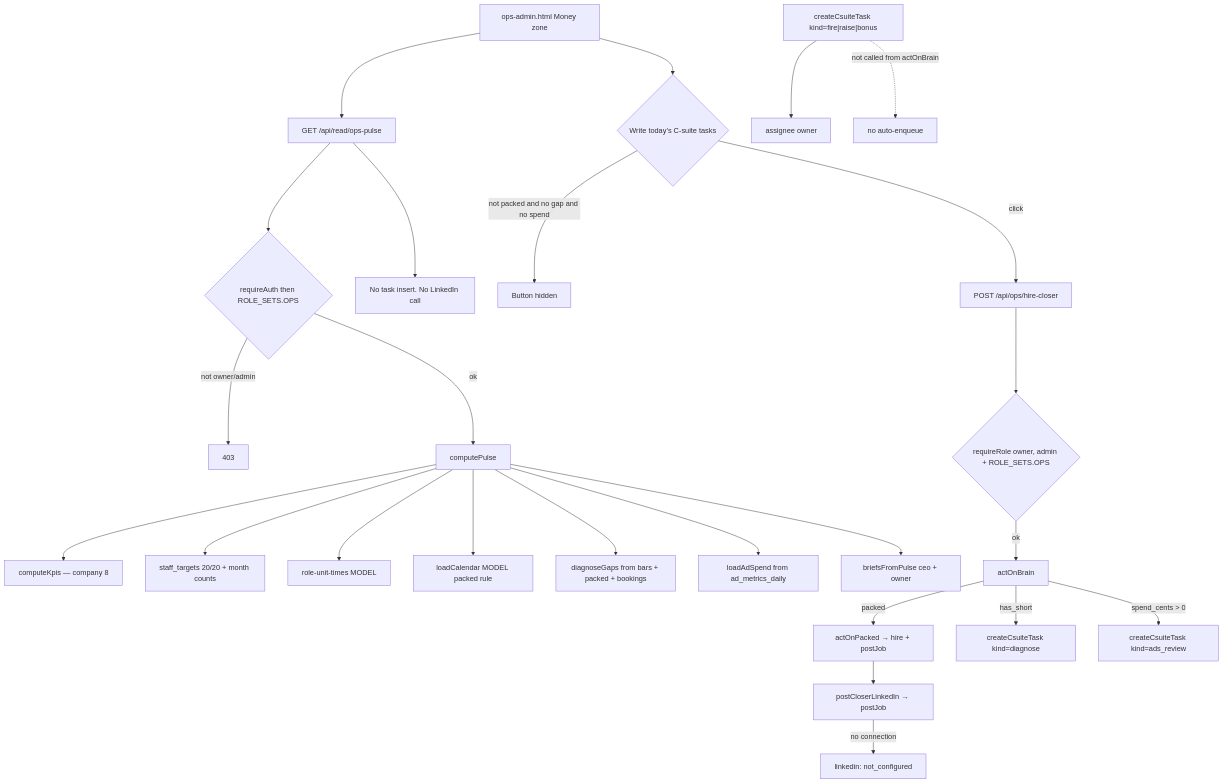
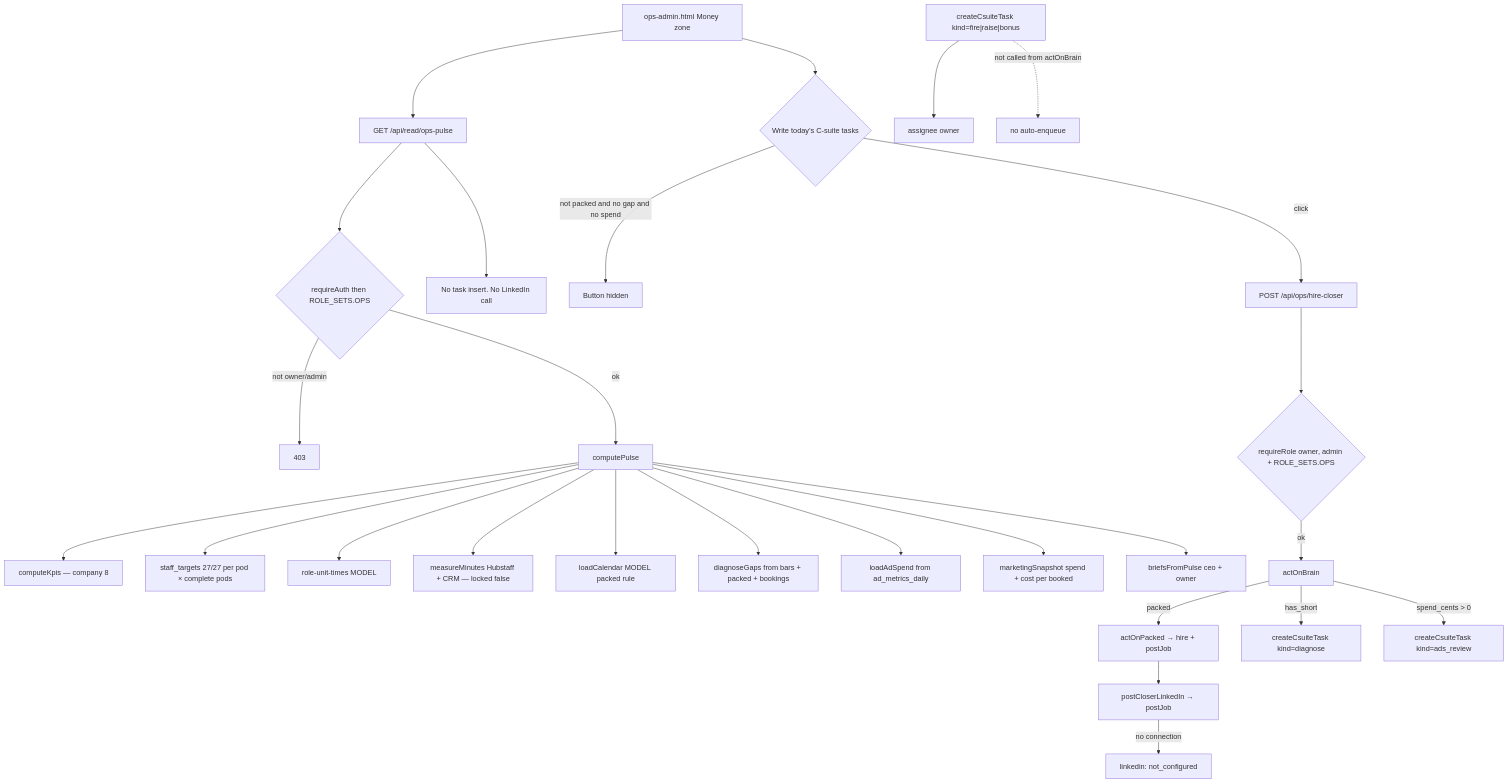
One commit to ZootimusMaximusSupreme/Fundhub_ai changed the diagram in docs/journeys/ops-pulse-actual.md. Above: the diagram before and after it, drawn with Mermaid. The commit also changed other lines of this file and 24 other files, not shown here.

First line of the commit message:
Ship conveyor KPI reads: 27/27 pods, measured minutes, Meta spend, LinkedIn jam.

````diff
--- a/docs/journeys/ops-pulse-actual.md
+++ b/docs/journeys/ops-pulse-actual.md
@@ -5,27 +5,29 @@
 ```mermaid
 flowchart TD
     PAGE["ops-admin.html Money zone"] --> GET["GET /api/read/ops-pulse"]
     GET --> AUTH{requireAuth then ROLE_SETS.OPS}
     AUTH -->|not owner/admin| DENY[403]
     AUTH -->|ok| PULSE["computePulse"]
     PULSE --> KPI["computeKpis — company 8"]
-    PULSE --> BARS["staff_targets 20/20 + month counts"]
+    PULSE --> BARS["staff_targets 27/27 per pod × complete pods"]
     PULSE --> CLOCK["role-unit-times MODEL"]
+    PULSE --> MEAS["measureMinutes Hubstaff + CRM — locked false"]
     PULSE --> CAL["loadCalendar MODEL packed rule"]
     PULSE --> GAPS["diagnoseGaps from bars + packed + bookings"]
     PULSE --> ADS["loadAdSpend from ad_metrics_daily"]
+    PULSE --> MKT["marketingSnapshot spend + cost per booked"]
     PULSE --> BRIEF["briefsFromPulse ceo + owner"]
     GET --> NOWRITE[No task insert. No LinkedIn call]
     PAGE --> BTN{Write today’s C-suite tasks}
     BTN -->|not packed and no gap and no spend| HIDE[Button hidden]
     BTN -->|click| POST["POST /api/ops/hire-closer"]
     POST --> AUTH2{requireRole owner, admin + ROLE_SETS.OPS}
     AUTH2 -->|ok| ACT["actOnBrain"]
     ACT -->|packed| HIRE["actOnPacked → hire + postJob"]
     ACT -->|has_short| DIAG["createCsuiteTask kind=diagnose"]
     ACT -->|spend_cents > 0| ADSREV["createCsuiteTask kind=ads_review"]
     HIRE --> LI["postCloserLinkedIn → postJob"]
     LI -->|no connection| NC[linkedin: not_configured]
     FIRE["createCsuiteTask kind=fire|raise|bonus"] --> OWNER[assignee owner]
     FIRE -.->|not called from actOnBrain| IDLE[no auto-enqueue]
 ```
````
